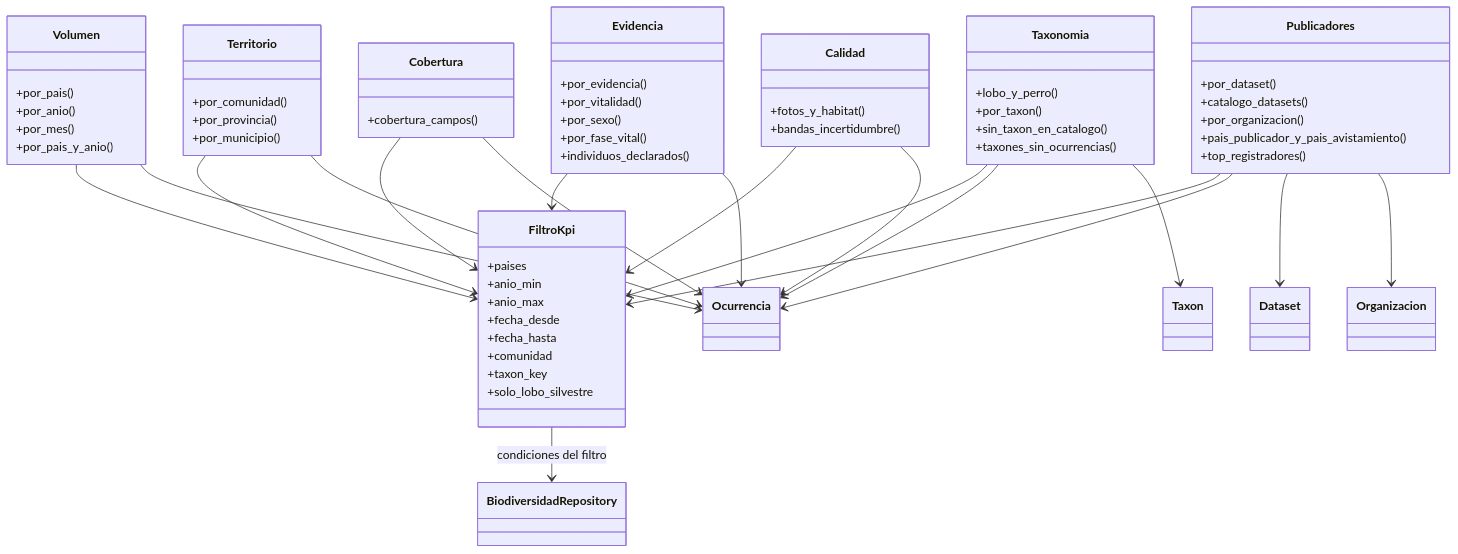
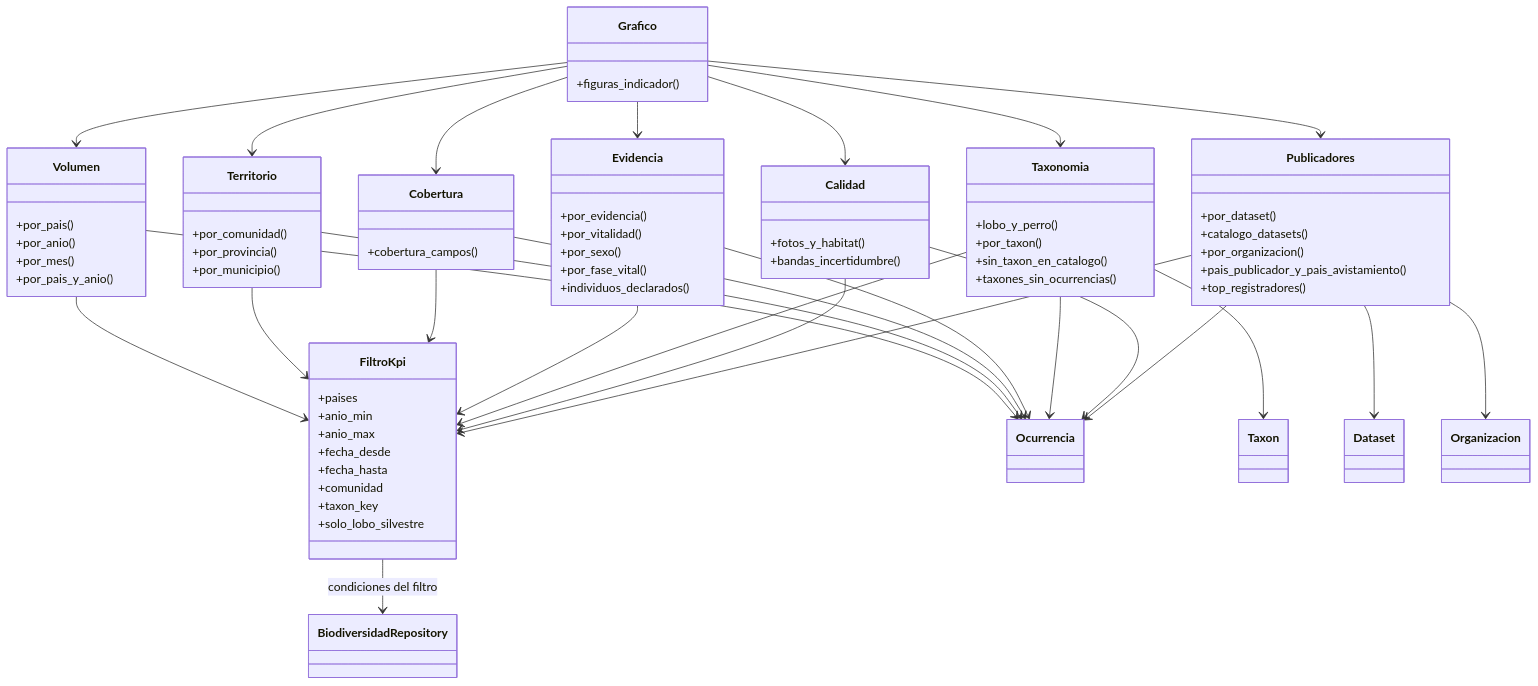
One commit to gracobjo/biodiversidad changed the fifth of 10 diagrams in docs/UML.md. Above: the diagram before and after it, drawn with Mermaid. The commit also changed other lines of this file and 11 other files, not shown here.

````diff
--- a/docs/UML.md
+++ b/docs/UML.md
@@ -240,70 +241,80 @@
 ```mermaid
 classDiagram
   class FiltroKpi {
     +paises
     +anio_min
     +anio_max
     +fecha_desde
     +fecha_hasta
     +comunidad
     +taxon_key
     +solo_lobo_silvestre
   }
   class Volumen {
     +por_pais()
     +por_anio()
     +por_mes()
     +por_pais_y_anio()
   }
   class Territorio {
     +por_comunidad()
     +por_provincia()
     +por_municipio()
   }
   class Cobertura {
     +cobertura_campos()
   }
   class Evidencia {
     +por_evidencia()
     +por_vitalidad()
     +por_sexo()
     +por_fase_vital()
     +individuos_declarados()
   }
   class Taxonomia {
     +lobo_y_perro()
     +por_taxon()
     +sin_taxon_en_catalogo()
     +taxones_sin_ocurrencias()
   }
   class Calidad {
     +fotos_y_habitat()
     +bandas_incertidumbre()
   }
   class Publicadores {
     +por_dataset()
     +catalogo_datasets()
     +por_organizacion()
     +pais_publicador_y_pais_avistamiento()
     +top_registradores()
   }
+  class Grafico {
+    +figuras_indicador()
+  }
 
   Volumen --> FiltroKpi
   Territorio --> FiltroKpi
   Cobertura --> FiltroKpi
   Evidencia --> FiltroKpi
   Taxonomia --> FiltroKpi
   Calidad --> FiltroKpi
   Publicadores --> FiltroKpi
   FiltroKpi --> BiodiversidadRepository : condiciones del filtro
   Volumen --> Ocurrencia
   Territorio --> Ocurrencia
   Cobertura --> Ocurrencia
   Evidencia --> Ocurrencia
   Taxonomia --> Ocurrencia
   Taxonomia --> Taxon
   Calidad --> Ocurrencia
   Publicadores --> Ocurrencia
   Publicadores --> Dataset
   Publicadores --> Organizacion
+  Grafico --> Volumen
+  Grafico --> Territorio
+  Grafico --> Cobertura
+  Grafico --> Evidencia
+  Grafico --> Taxonomia
+  Grafico --> Calidad
+  Grafico --> Publicadores
 ```
````
